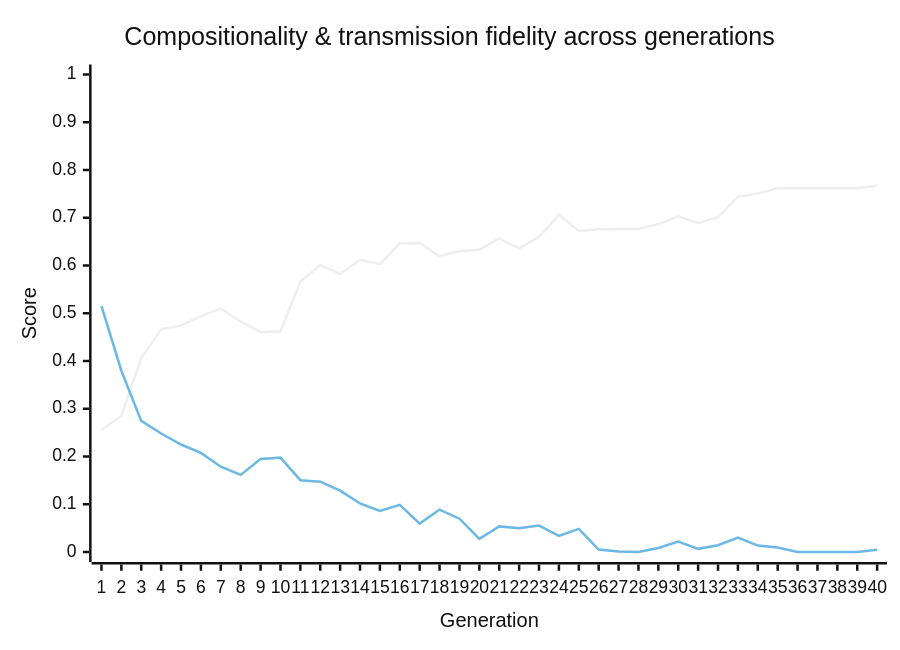
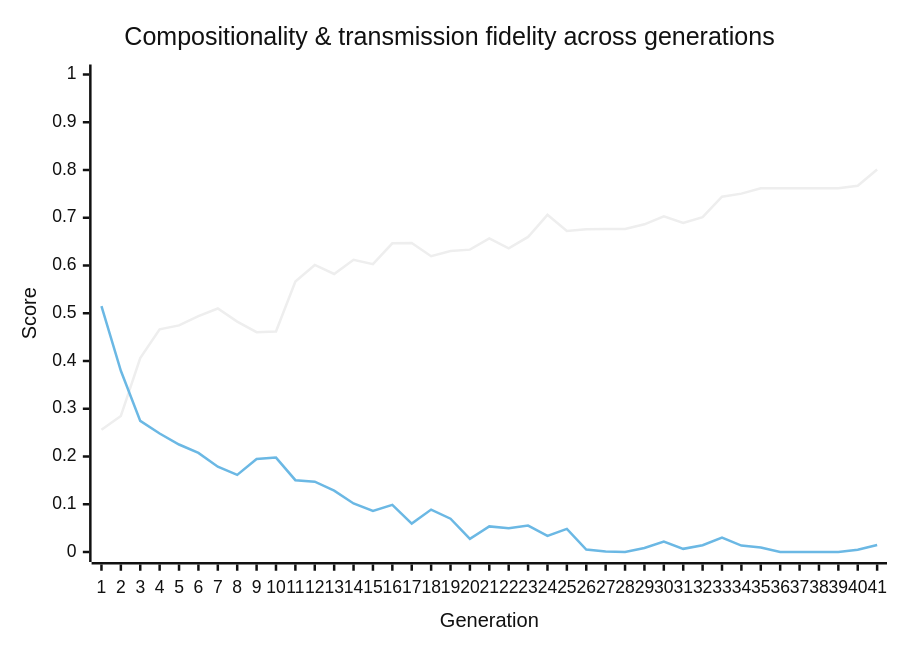
Before and after one commit to nichobbs/traditio: the diagram in metrics/latest-report.md, drawn with Mermaid (neutral theme). The commit also changed other lines of this file and 1 other file, not shown here.

````diff
--- a/metrics/latest-report.md
+++ b/metrics/latest-report.md
@@ -40,8 +40,8 @@
 ```mermaid
 xychart-beta
     title "Compositionality & transmission fidelity across generations"
-    x-axis "Generation" [1, 2, 3, 4, 5, 6, 7, 8, 9, 10, 11, 12, 13, 14, 15, 16, 17, 18, 19, 20, 21, 22, 23, 24, 25, 26, 27, 28, 29, 30, 31, 32, 33, 34, 35, 36, 37, 38, 39, 40]
+    x-axis "Generation" [1, 2, 3, 4, 5, 6, 7, 8, 9, 10, 11, 12, 13, 14, 15, 16, 17, 18, 19, 20, 21, 22, 23, 24, 25, 26, 27, 28, 29, 30, 31, 32, 33, 34, 35, 36, 37, 38, 39, 40, 41]
     y-axis "Score" 0 --> 1
-    line "Compositionality" [0.2559, 0.2849, 0.4060, 0.4663, 0.4745, 0.4941, 0.5099, 0.4826, 0.4603, 0.4619, 0.5665, 0.6011, 0.5822, 0.6121, 0.6029, 0.6464, 0.6473, 0.6195, 0.6304, 0.6332, 0.6566, 0.6361, 0.6598, 0.7061, 0.6725, 0.6757, 0.6767, 0.6767, 0.6863, 0.7028, 0.6890, 0.7012, 0.7442, 0.7505, 0.7619, 0.7619, 0.7619, 0.7619, 0.7619, 0.7669]
-    line "Transmission Fidelity" [0.5148, 0.3796, 0.2746, 0.2481, 0.2251, 0.2074, 0.1785, 0.1615, 0.1949, 0.1977, 0.1504, 0.1472, 0.1286, 0.1016, 0.0861, 0.0987, 0.0594, 0.0888, 0.0697, 0.0276, 0.0536, 0.0500, 0.0553, 0.0339, 0.0483, 0.0051, 0.0012, 0.0000, 0.0083, 0.0219, 0.0066, 0.0142, 0.0301, 0.0134, 0.0092, 0.0000, 0.0000, 0.0000, 0.0000, 0.0047]
+    line "Compositionality" [0.2559, 0.2849, 0.4060, 0.4663, 0.4745, 0.4941, 0.5099, 0.4826, 0.4603, 0.4619, 0.5665, 0.6011, 0.5822, 0.6121, 0.6029, 0.6464, 0.6473, 0.6195, 0.6304, 0.6332, 0.6566, 0.6361, 0.6598, 0.7061, 0.6725, 0.6757, 0.6767, 0.6767, 0.6863, 0.7028, 0.6890, 0.7012, 0.7442, 0.7505, 0.7619, 0.7619, 0.7619, 0.7619, 0.7619, 0.7669, 0.8009]
+    line "Transmission Fidelity" [0.5148, 0.3796, 0.2746, 0.2481, 0.2251, 0.2074, 0.1785, 0.1615, 0.1949, 0.1977, 0.1504, 0.1472, 0.1286, 0.1016, 0.0861, 0.0987, 0.0594, 0.0888, 0.0697, 0.0276, 0.0536, 0.0500, 0.0553, 0.0339, 0.0483, 0.0051, 0.0012, 0.0000, 0.0083, 0.0219, 0.0066, 0.0142, 0.0301, 0.0134, 0.0092, 0.0000, 0.0000, 0.0000, 0.0000, 0.0047, 0.0146]
 ```
````
